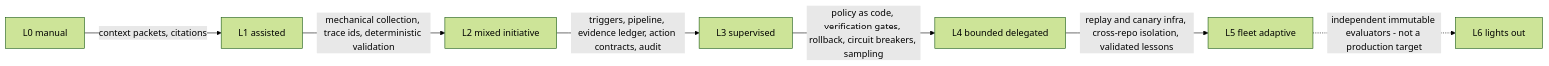
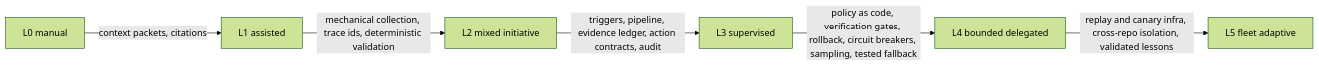
The diagram in doc/planning/concepts/software-delivery-autonomy.md (juliusz-cwiakalski/agentic-delivery-os), drawn with Mermaid (forest theme) before and after one commit. The commit also changed other lines of this file and 4 other files, not shown here.

````diff
--- a/doc/planning/concepts/software-delivery-autonomy.md
+++ b/doc/planning/concepts/software-delivery-autonomy.md
@@ -28,9 +31,8 @@
 ```mermaid
 flowchart LR
     L0[L0 manual] -->|"context packets, citations"| L1[L1 assisted]
     L1 -->|"mechanical collection, trace ids, deterministic validation"| L2[L2 mixed initiative]
     L2 -->|"triggers, pipeline, evidence ledger, action contracts, audit"| L3[L3 supervised]
-    L3 -->|"policy as code, verification gates, rollback, circuit breakers, sampling"| L4[L4 bounded delegated]
+    L3 -->|"policy as code, verification gates, rollback, circuit breakers, sampling, tested fallback"| L4[L4 bounded delegated]
     L4 -->|"replay and canary infra, cross-repo isolation, validated lessons"| L5[L5 fleet adaptive]
-    L5 -.->|"independent immutable evaluators - not a production target"| L6[L6 lights out]
 ```
````
